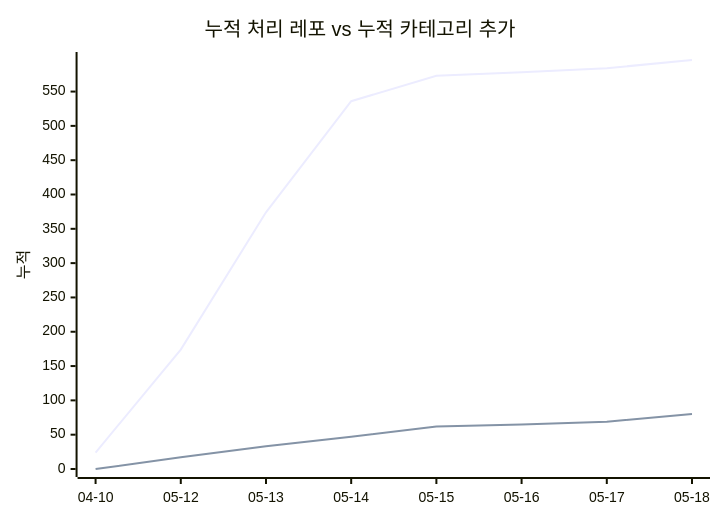
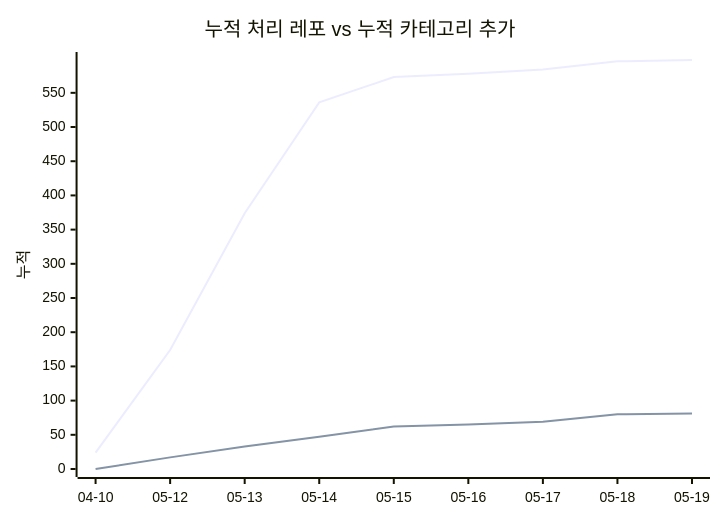
The second of 2 diagrams in docs/trends.md (J-nowcow/awesome-korean-agent-skills), drawn with Mermaid before and after one commit. The commit also changed other lines of this file and 3 other files, not shown here.

````diff
--- a/docs/trends.md
+++ b/docs/trends.md
@@ -62,8 +63,8 @@
 ```mermaid
 xychart-beta
     title "누적 처리 레포 vs 누적 카테고리 추가"
-    x-axis ["04-10","05-12","05-13","05-14","05-15","05-16","05-17","05-18"]
+    x-axis ["04-10","05-12","05-13","05-14","05-15","05-16","05-17","05-18","05-19"]
     y-axis "누적"
-    line [24,174,374,536,573,578,584,596]
-    line [0,17,33,47,62,65,69,80]
+    line [24,174,374,536,573,578,584,596,598]
+    line [0,17,33,47,62,65,69,80,81]
 ```
````
